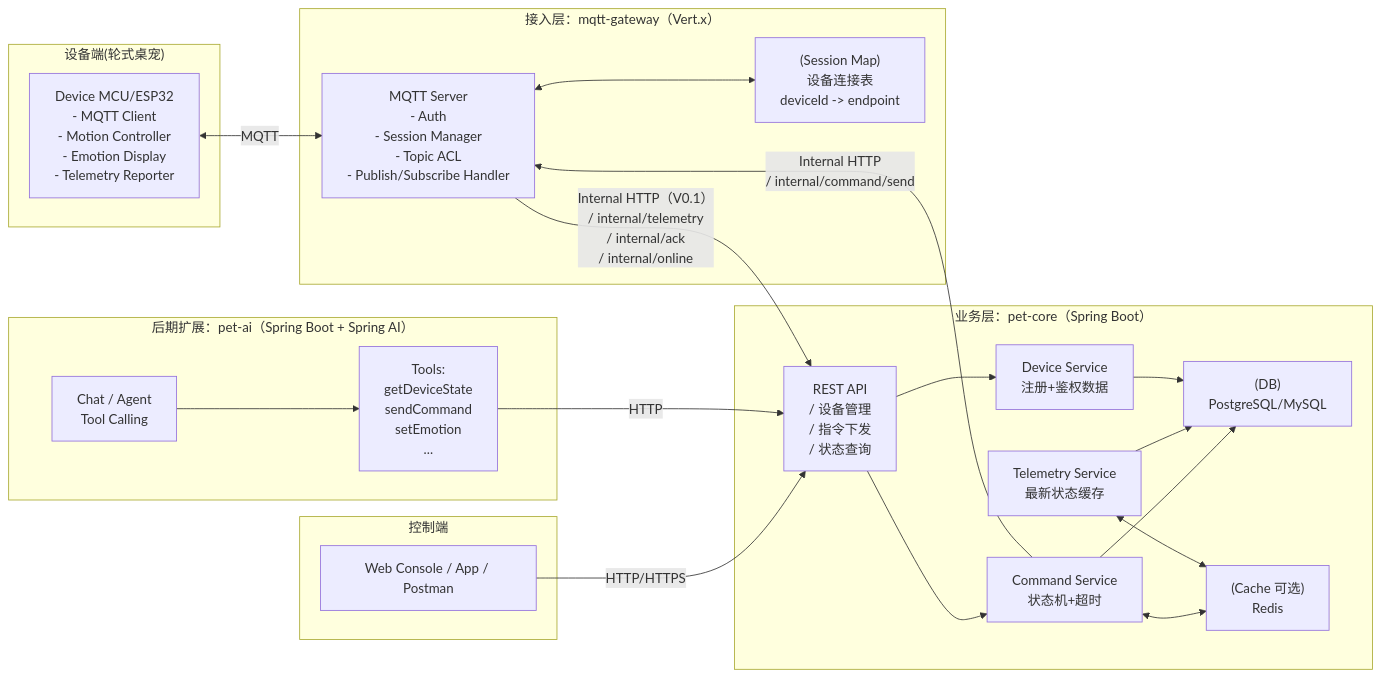
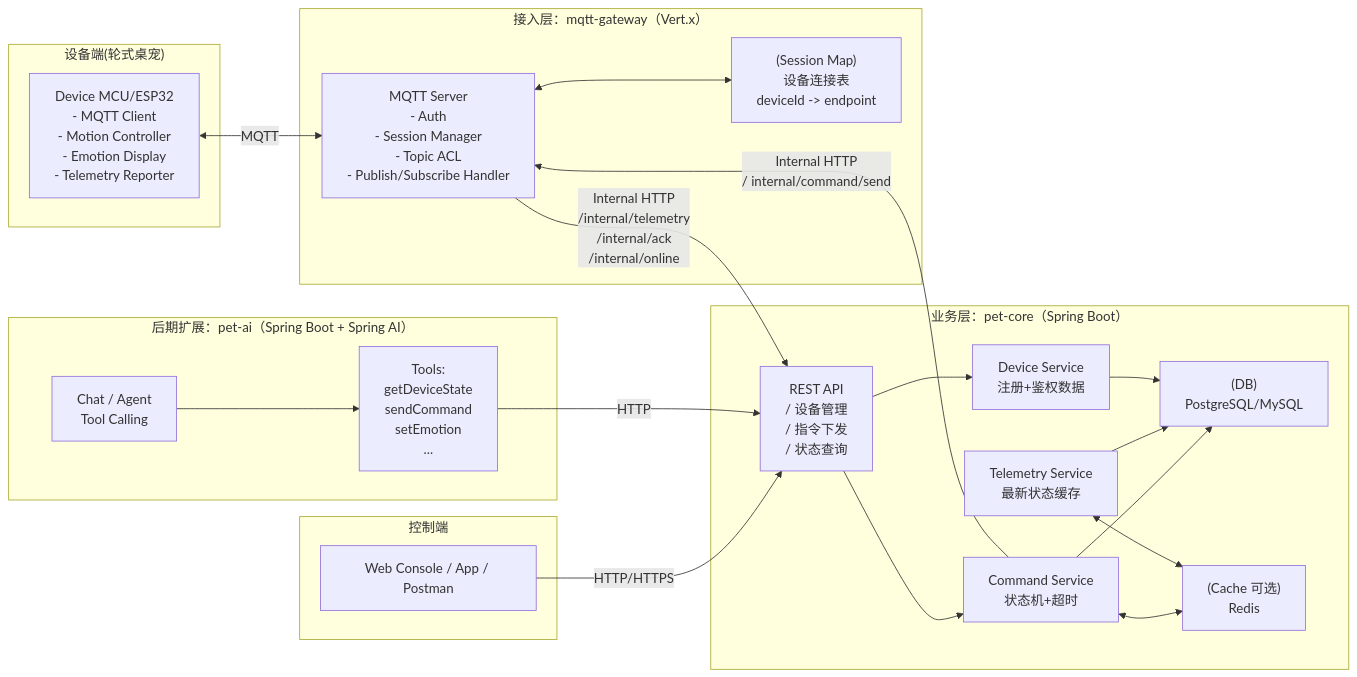
Before and after one commit to licn9901-arch/AiBot: the first of 6 diagrams in doc/架构图.md, drawn with Mermaid. The commit also changed other lines of this file and 41 other files, not shown here.

````diff
--- a/doc/架构图.md
+++ b/doc/架构图.md
@@ -7,51 +7,51 @@
 ```mermaid
 flowchart LR
 %% ====== Nodes ======
     subgraph DeviceSide["设备端(轮式桌宠)"]
         D1["Device MCU/ESP32\n- MQTT Client\n- Motion Controller\n- Emotion Display\n- Telemetry Reporter"]
     end
 
     subgraph Gateway["接入层：mqtt-gateway（Vert.x）"]
         G1["MQTT Server\n- Auth\n- Session Manager\n- Topic ACL\n- Publish/Subscribe Handler"]
         G2["(Session Map)\n设备连接表\ndeviceId -> endpoint"]
     end
 
     subgraph Core["业务层：pet-core（Spring Boot）"]
         C1["REST API\n/ 设备管理\n/ 指令下发\n/ 状态查询"]
         C2["Command Service\n状态机+超时"]
         C3["Telemetry Service\n最新状态缓存"]
         C4["Device Service\n注册+鉴权数据"]
         C5["(DB)\nPostgreSQL/MySQL"]
         C6["(Cache 可选)\nRedis"]
     end
 
     subgraph Console["控制端"]
         U1["Web Console / App / Postman"]
     end
 
     subgraph AI["后期扩展：pet-ai（Spring Boot + Spring AI）"]
         A1["Chat / Agent\nTool Calling"]
         A2["Tools:\ngetDeviceState\nsendCommand\nsetEmotion\n..."]
     end
 
 %% ====== Flows ======
     U1 -->|HTTP/HTTPS| C1
     C1 --> C2
     C1 --> C4
     C2 --> C5
     C3 --> C5
     C4 --> C5
     C2 <--> C6
     C3 <--> C6
 
     D1 <-->|MQTT| G1
     G1 <--> G2
 
 %% Internal integration
-    G1 -->|Internal HTTP（V0.1）<br/>/ internal/telemetry<br/>/ internal/ack<br/>/ internal/online| C1
+    G1 -->|Internal HTTP<br/>/internal/telemetry<br/>/internal/ack<br/>/internal/online| C1
     C2 -->|Internal HTTP<br/>/ internal/command/send| G1
 
 %% AI integration (later)
     A1 --> A2
     A2 -->|HTTP| C1
 ```
````
